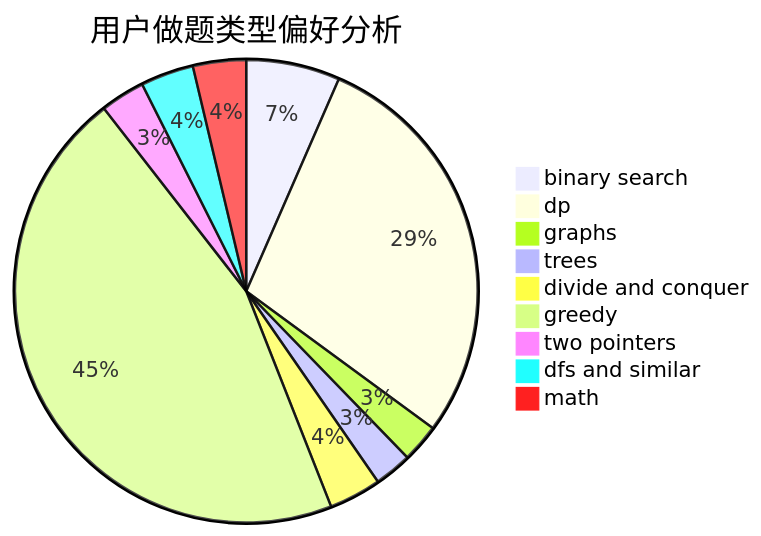
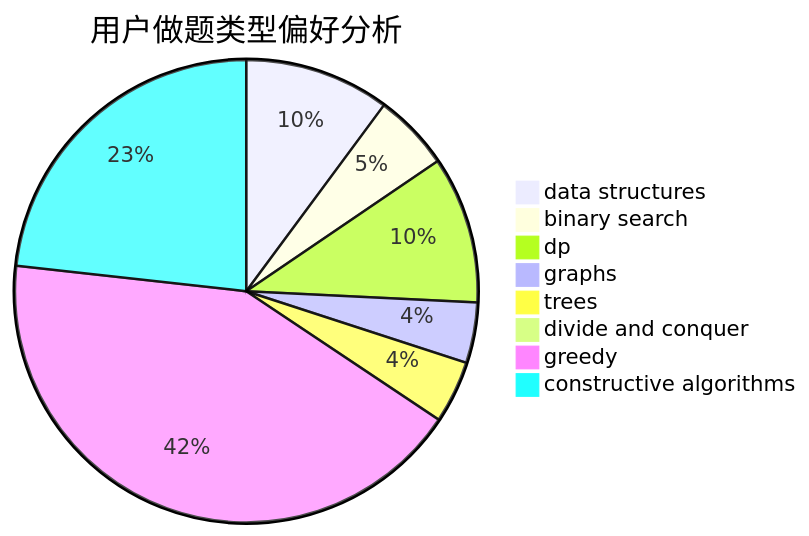
Before and after one commit to sherpahu/cfrs.github.io: the second of 3 diagrams in docs/user/u238.md, drawn with Mermaid. The commit also changed other lines of this file and 2775 other files, not shown here.

````diff
--- a/docs/user/u238.md
+++ b/docs/user/u238.md
@@ -23,12 +23,11 @@
 ```mermaid
 pie title 用户做题类型偏好分析
-    "binary search" :  120
-    "dp" :  523
-    "graphs" :  49
-    "trees" :  48
-    "divide and conquer" :  67
-    "greedy" :  833
-    "two pointers" :  57
-    "dfs and similar" :  68
-    "math" :  68
+    "data structures" :  72
+    "binary search" :  38
+    "dp" :  73
+    "graphs" :  30
+    "trees" :  31
+    "divide and conquer" :  4
+    "greedy" :  301
+    "constructive algorithms" :  165
 ```
````
